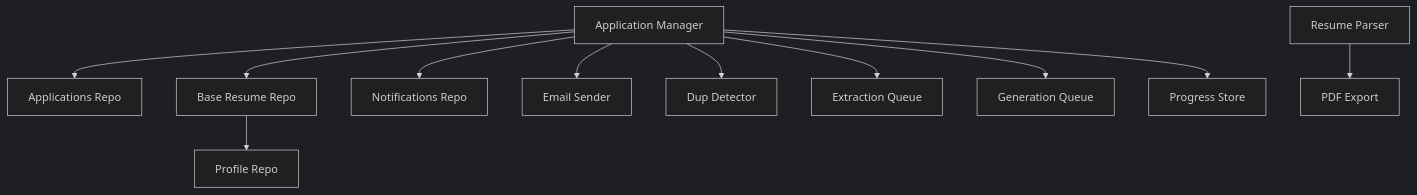
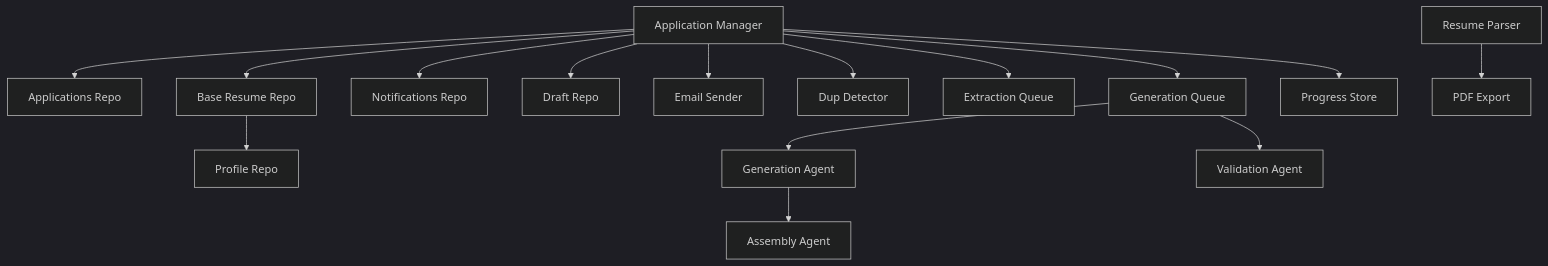
Before and after one commit to sankaL/resume-app: diagram 16 of 16 in .qoder/repowiki/en/content/Backend API/Service Layer/Service Layer.md, drawn with Mermaid (dark theme). The commit also changed other lines of this file and 19 other files, not shown here.

````diff
--- a/.qoder/repowiki/en/content/Backend API/Service Layer/Service Layer.md
+++ b/.qoder/repowiki/en/content/Backend API/Service Layer/Service Layer.md
@@ -517,13 +724,17 @@
 ```mermaid
 graph TB
 AM["Application Manager"] --> AR["Applications Repo"]
 AM --> BR["Base Resume Repo"]
 AM --> NR["Notifications Repo"]
+AM --> DR["Draft Repo"]
 AM --> ED["Email Sender"]
 AM --> DJQ["Dup Detector"]
 AM --> EQ["Extraction Queue"]
 AM --> GQ["Generation Queue"]
 AM --> PS["Progress Store"]
 BR --> PR["Profile Repo"]
 RP["Resume Parser"] --> PDF["PDF Export"]
+GQ --> GEN["Generation Agent"]
+GQ --> VAL["Validation Agent"]
+GEN --> ASSEM["Assembly Agent"]
 ```
````
